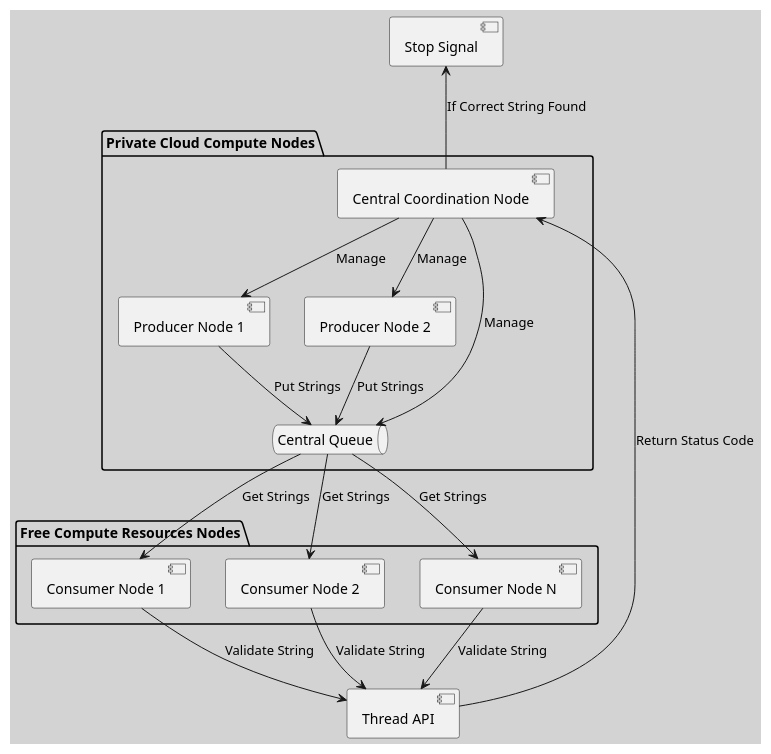
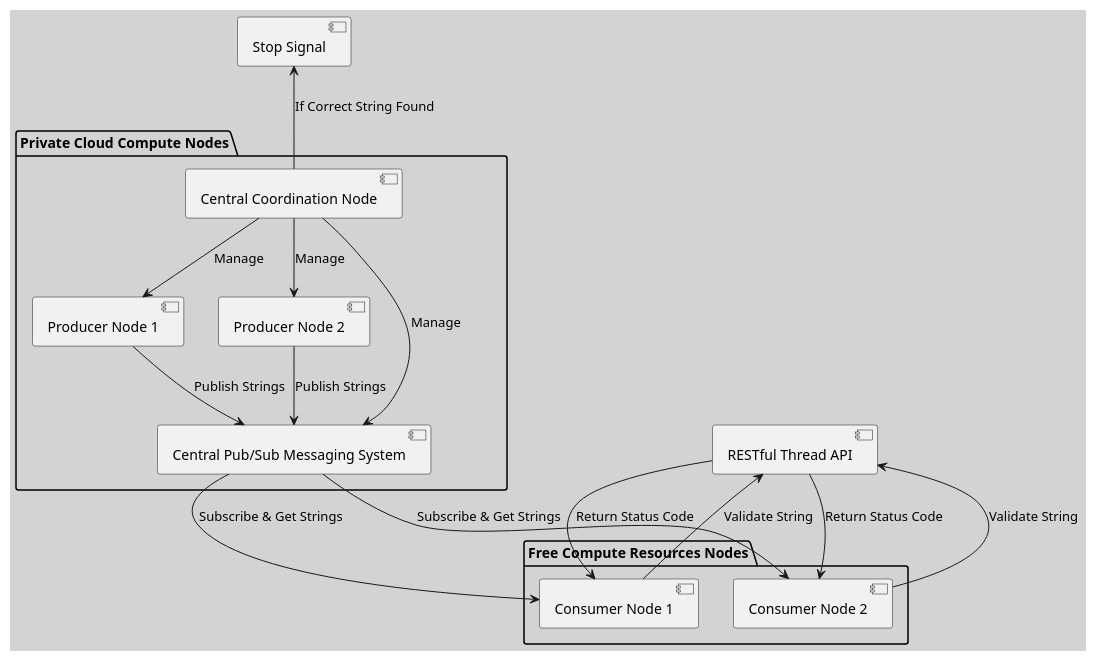
One commit to huangyingw/system_design changed the diagram in interview_questions/distributed_string_guesser_architecture.puml. Above: the diagram before and after it, drawn with PlantUML.

```diff
--- a/interview_questions/distributed_string_guesser_architecture.puml
+++ b/interview_questions/distributed_string_guesser_architecture.puml
@@ -1,38 +1,36 @@
 @startuml
 skinparam backgroundColor #D3D3D3
 
 package "Private Cloud Compute Nodes" {
     [Central Coordination Node] as Coordinator
     [Producer Node 1] as PrivateProducer1
     [Producer Node 2] as PrivateProducer2
-    queue "Central Queue" as Queue
+    [Central Pub/Sub Messaging System] as PubSub
 }
 
 package "Free Compute Resources Nodes" {
     [Consumer Node 1] as FreeConsumer1
     [Consumer Node 2] as FreeConsumer2
-    [Consumer Node N] as FreeConsumerN
 }
     
-[Thread API] as API
+[RESTful Thread API] as API
 
 Coordinator --> PrivateProducer1 : Manage
 Coordinator --> PrivateProducer2 : Manage
-Coordinator --> Queue : Manage
+Coordinator --> PubSub : Manage
     
-PrivateProducer1 --> Queue : Put Strings
-PrivateProducer2 --> Queue : Put Strings
+PrivateProducer1 --> PubSub : Publish Strings
+PrivateProducer2 --> PubSub : Publish Strings
 
-Queue --> FreeConsumer1 : Get Strings
-Queue --> FreeConsumer2 : Get Strings
-Queue --> FreeConsumerN : Get Strings
+PubSub --> FreeConsumer1 : Subscribe & Get Strings
+PubSub --> FreeConsumer2 : Subscribe & Get Strings
 
 FreeConsumer1 --> API : Validate String
 FreeConsumer2 --> API : Validate String
-FreeConsumerN --> API : Validate String
 
-API --> Coordinator : Return Status Code
+API --> FreeConsumer1 : Return Status Code
+API --> FreeConsumer2 : Return Status Code
 
 Coordinator -up-> [Stop Signal] : If Correct String Found
 
 @enduml
```
